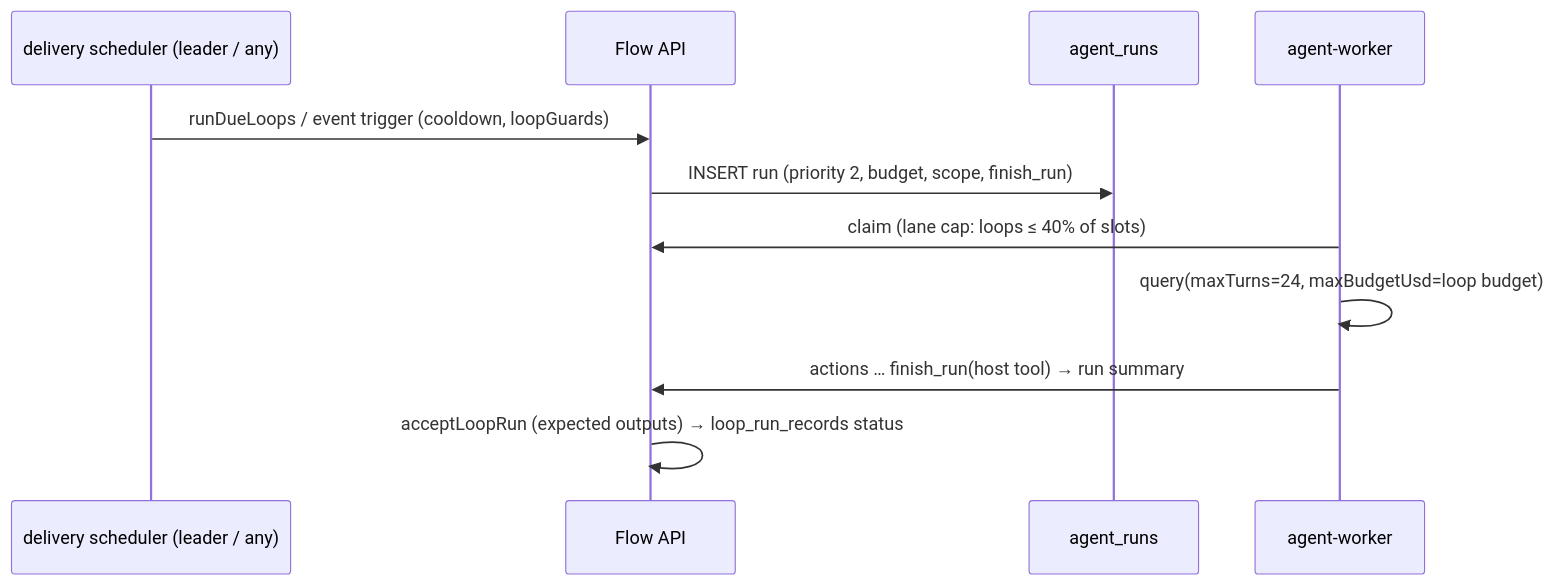
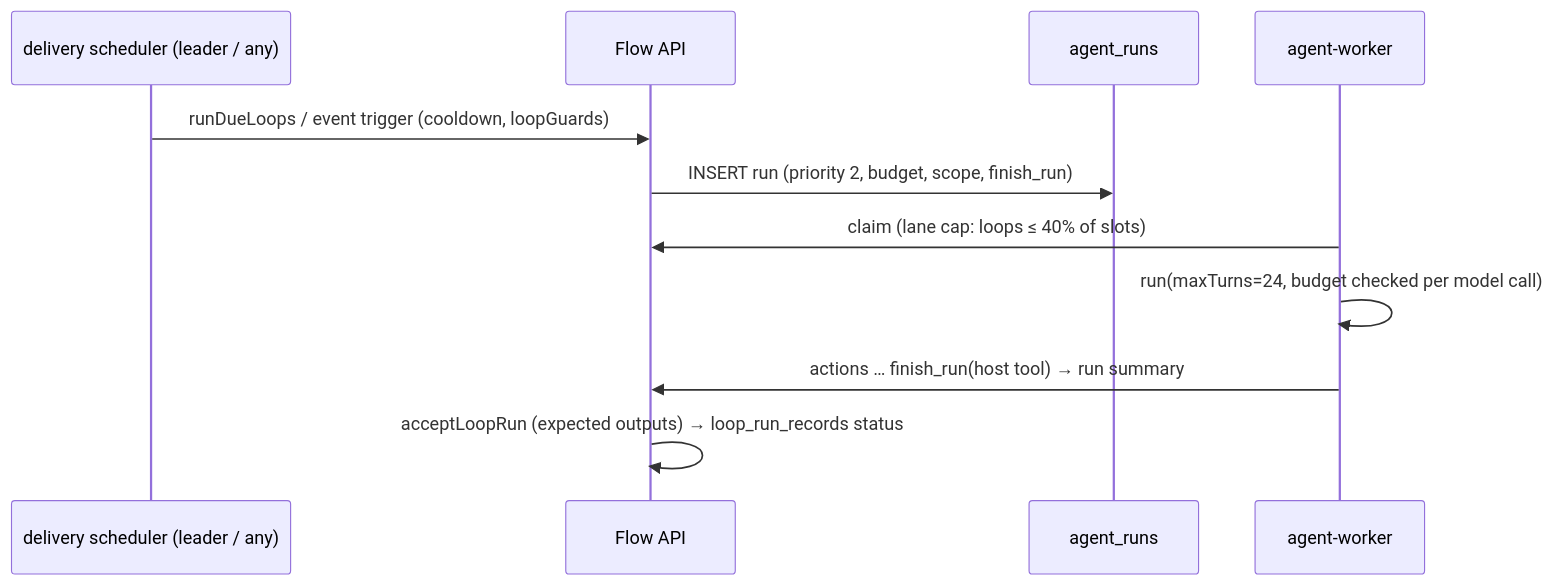
The fourth of 7 diagrams in docs/agent-runtime-design.md (leozhengliu-pixel/flow), drawn with Mermaid before and after one commit. The commit also changed other lines of this file and 32 other files, not shown here.

````diff
--- a/docs/agent-runtime-design.md
+++ b/docs/agent-runtime-design.md
@@ -305,13 +261,13 @@
 ```mermaid
 sequenceDiagram
   participant S as delivery scheduler (leader / any)
   participant A as Flow API
   participant Q as agent_runs
   participant W as agent-worker
   S->>A: runDueLoops / event trigger (cooldown, loopGuards)
   A->>Q: INSERT run (priority 2, budget, scope, finish_run)
   W->>A: claim (lane cap: loops ≤ 40% of slots)
-  W->>W: query(maxTurns=24, maxBudgetUsd=loop budget)
+  W->>W: run(maxTurns=24, budget checked per model call)
   W->>A: actions … finish_run(host tool) → run summary
   A->>A: acceptLoopRun (expected outputs) → loop_run_records status
 ```
````
